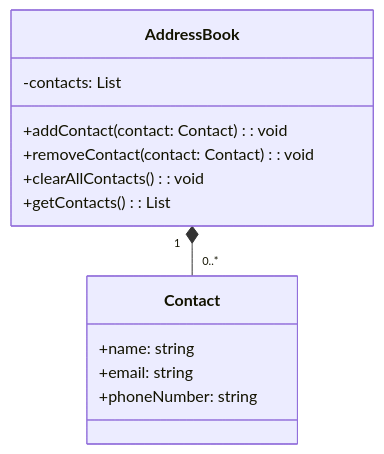
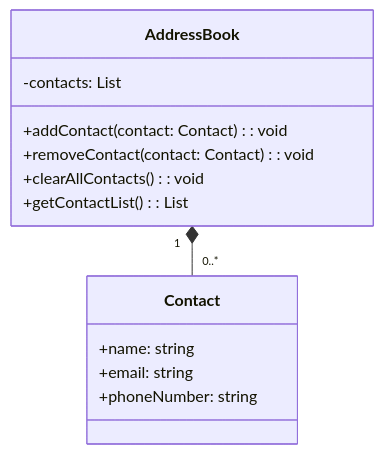
One commit to ProblemsGuy/dominic-java-address-book changed the diagram in docs/ai-assisted-section.md. Above: the diagram before and after it, drawn with Mermaid. The commit also changed 2 other files, not shown here.

Commit message:
Fully implemented wipe Contact List

````diff
--- a/docs/ai-assisted-section.md
+++ b/docs/ai-assisted-section.md
@@ -9,18 +9,18 @@
 ```mermaid
 classDiagram
   class AddressBook {
     -contacts: List<Contact>
     +addContact(contact: Contact): void
     +removeContact(contact: Contact): void
     +clearAllContacts(): void
-    +getContacts(): List<Contact>
+    +getContactList(): List<Contact>
   }
 
   class Contact {
     +name: string
     +email: string
     +phoneNumber: string
   }
 
   AddressBook "1" *-- "0..*" Contact
 ```
````
